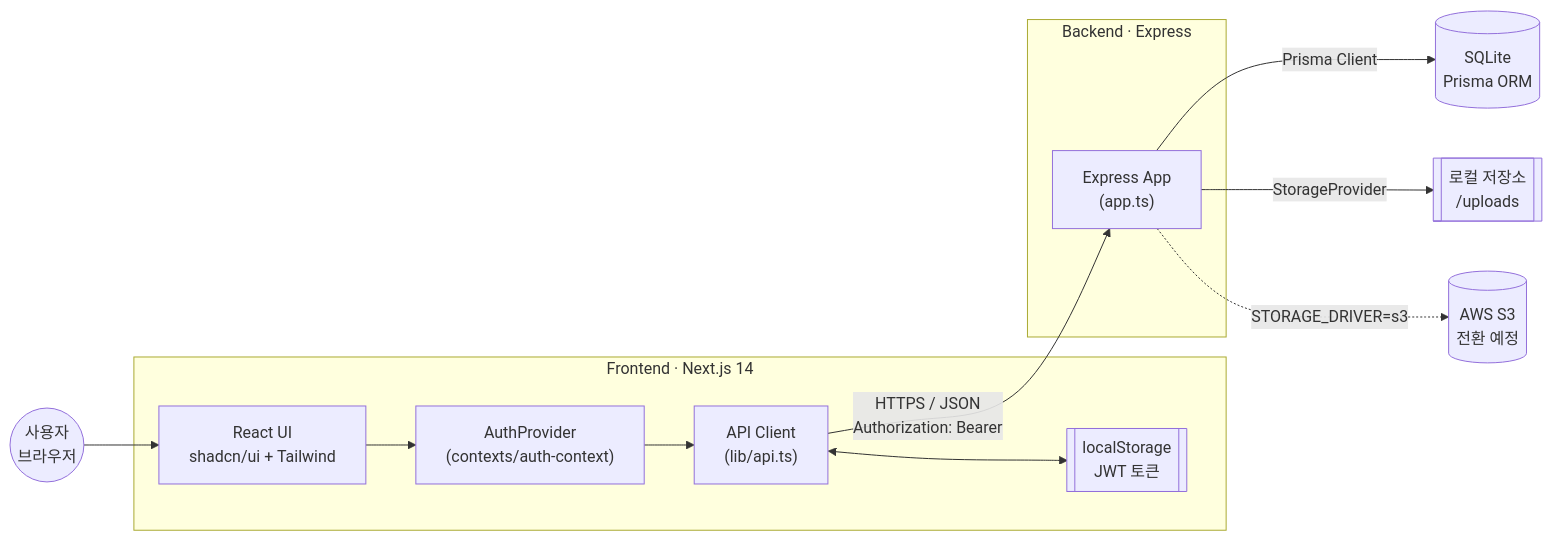
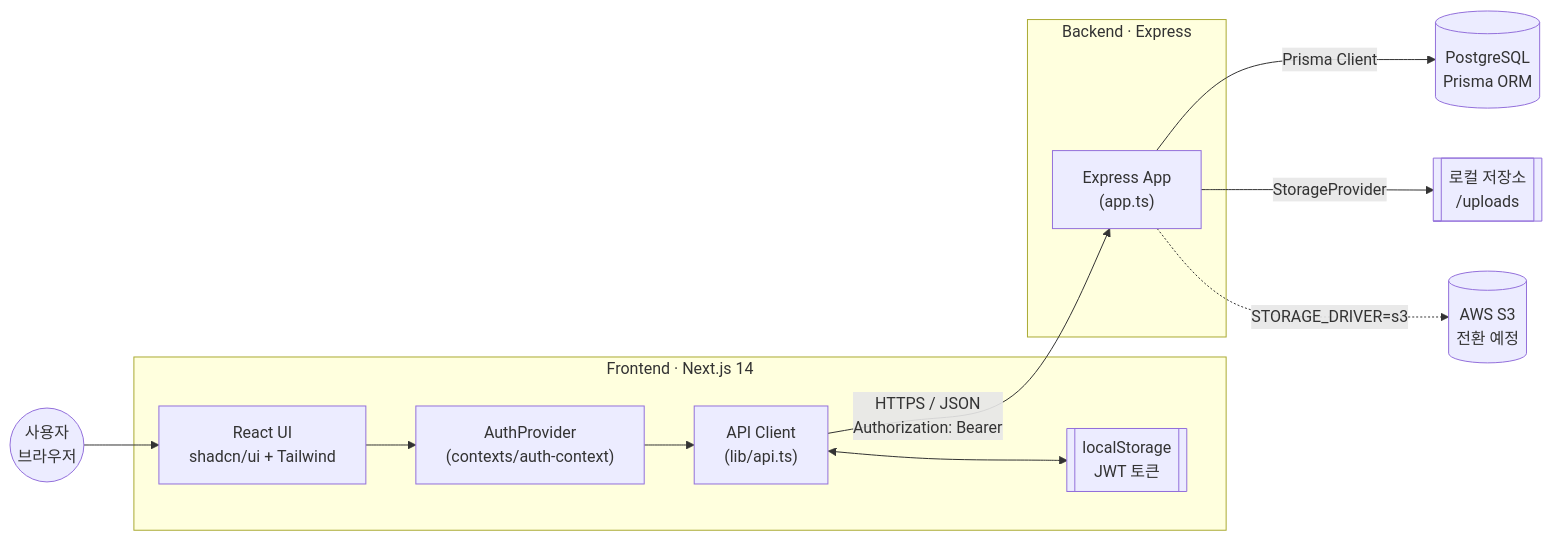
One commit to woodruff2k/recipe changed the first of 8 diagrams in docs/ARCHITECTURE.md. Above: the diagram before and after it, drawn with Mermaid. The commit also changed other lines of this file and 9 other files, not shown here.

First line of the commit message:
docs: add Architecture Decision Records (ADR)

````diff
--- a/docs/ARCHITECTURE.md
+++ b/docs/ARCHITECTURE.md
@@ -21,28 +21,28 @@
 ```mermaid
 flowchart LR
     User(("사용자<br/>브라우저"))
 
     subgraph FE["Frontend · Next.js 14"]
         UI["React UI<br/>shadcn/ui + Tailwind"]
         AUTH["AuthProvider<br/>(contexts/auth-context)"]
         APIC["API Client<br/>(lib/api.ts)"]
         LS[["localStorage<br/>JWT 토큰"]]
     end
 
     subgraph BE["Backend · Express"]
         EX["Express App<br/>(app.ts)"]
     end
 
-    DB[("SQLite<br/>Prisma ORM")]
+    DB[("PostgreSQL<br/>Prisma ORM")]
     FS[["로컬 저장소<br/>/uploads"]]
     S3[("AWS S3<br/>전환 예정")]
 
     User --> UI
     UI --> AUTH
     AUTH --> APIC
     APIC <--> LS
     APIC -->|"HTTPS / JSON<br/>Authorization: Bearer"| EX
     EX -->|"Prisma Client"| DB
     EX -->|"StorageProvider"| FS
     EX -.->|"STORAGE_DRIVER=s3"| S3
 ```
````
